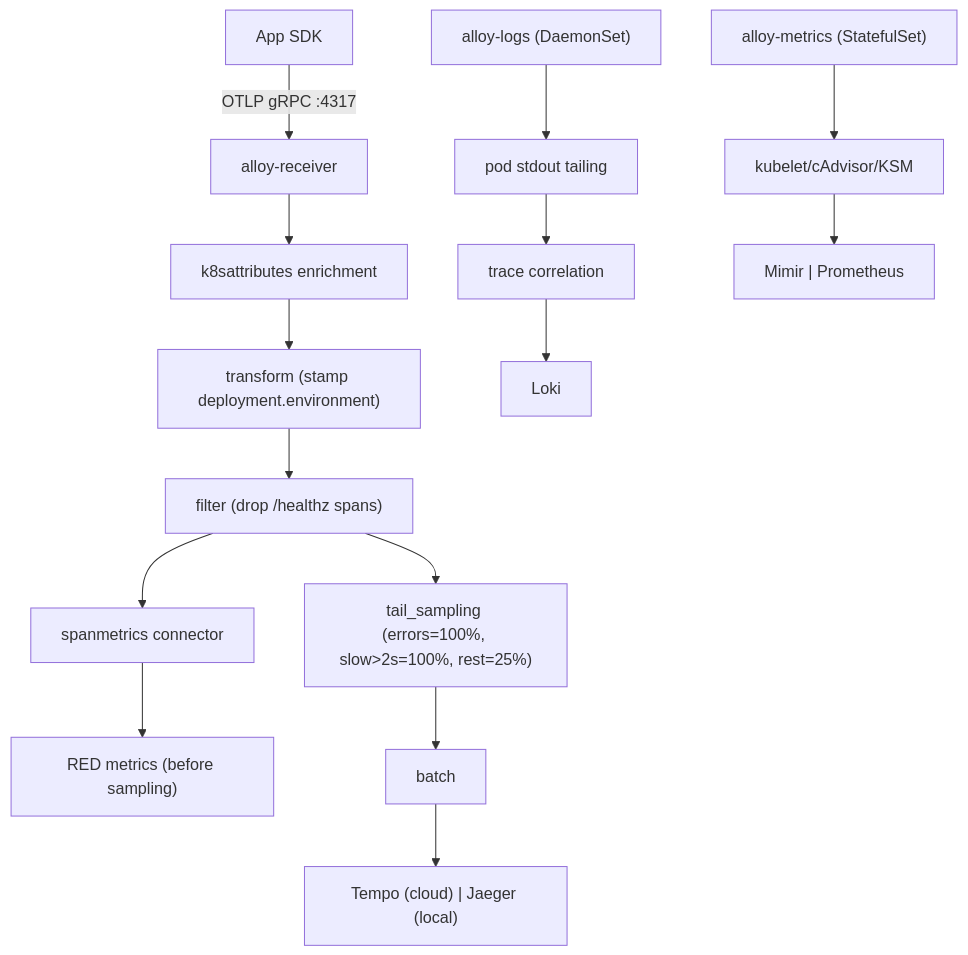
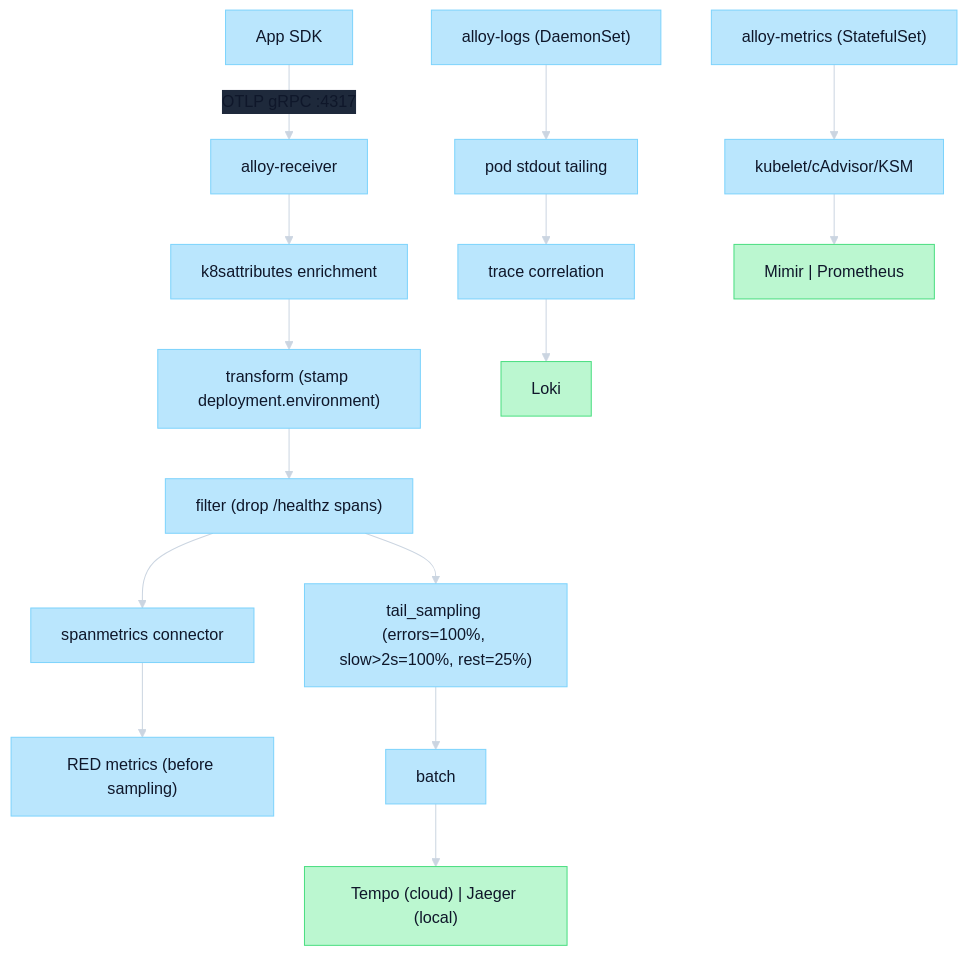
One commit to shipsolid/signal-forge changed the second of 3 diagrams in README.md. Above: the diagram before and after it, drawn with Mermaid. The commit also changed other lines of this file and 26 other files, not shown here.

````diff
--- a/README.md
+++ b/README.md
@@ -64,16 +69,21 @@
 ```mermaid
+%%{init: {'theme':'base','themeVariables':{'background':'#0f172a','primaryColor':'#bae6fd','primaryTextColor':'#0f172a','primaryBorderColor':'#7dd3fc','secondaryColor':'#bbf7d0','tertiaryColor':'#fde68a','lineColor':'#cbd5e1','clusterBkg':'#1e293b','clusterBorder':'#94a3b8','titleColor':'#f8fafc','edgeLabelBackground':'#1e293b'}}}%%
 flowchart TD
     SDK["App SDK"] -->|OTLP gRPC :4317| Receiver[alloy-receiver]
     Receiver --> K8sAttrs[k8sattributes enrichment]
     K8sAttrs --> Transform["transform (stamp deployment.environment)"]
     Transform --> Filter["filter (drop /healthz spans)"]
     Filter --> SpanMetrics[spanmetrics connector]
     SpanMetrics --> RED["RED metrics (before sampling)"]
     Filter --> TailSampling["tail_sampling (errors=100%, slow>2s=100%, rest=25%)"]
     TailSampling --> Batch[batch]
     Batch --> Backend1["Tempo (cloud) | Jaeger (local)"]
 
     Logs["alloy-logs (DaemonSet)"] --> LogsTail["pod stdout tailing"] --> LogsCorr["trace correlation"] --> Loki[Loki]
 
     Metrics["alloy-metrics (StatefulSet)"] --> MetricsScrape["kubelet/cAdvisor/KSM"] --> Backend2["Mimir | Prometheus"]
+    classDef pipeline fill:#bae6fd,stroke:#7dd3fc,color:#0f172a;
+    classDef backend fill:#bbf7d0,stroke:#4ade80,color:#0f172a;
+    class SDK,Receiver,K8sAttrs,Transform,Filter,SpanMetrics,RED,TailSampling,Batch,Logs,LogsTail,LogsCorr,Metrics,MetricsScrape pipeline;
+    class Backend1,Loki,Backend2 backend;
 ```
````
